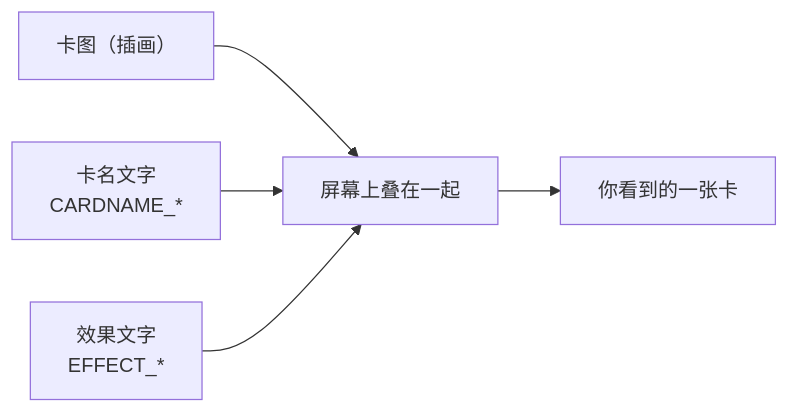
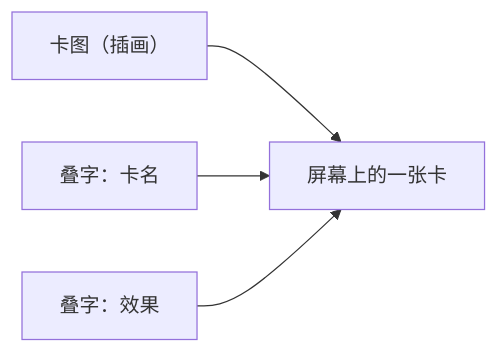
The first of 3 diagrams in docs/blog-why-chinese.zh.md (kyle-ip/ascension-zh-cn), drawn with Mermaid before and after one commit. The commit also changed other lines of this file and 1 other file, not shown here.

````diff
--- a/docs/blog-why-chinese.zh.md
+++ b/docs/blog-why-chinese.zh.md
@@ -20,7 +17,6 @@
 ```mermaid
 flowchart LR
-  Art["卡图（插画）"] --> Stack["屏幕上叠在一起"]
-  Name["卡名文字<br/>CARDNAME_*"] --> Stack
-  Eff["效果文字<br/>EFFECT_*"] --> Stack
-  Stack --> Screen["你看到的一张卡"]
+  Art["卡图（插画）"] --> Screen["屏幕上的一张卡"]
+  Name["叠字：卡名"] --> Screen
+  Eff["叠字：效果"] --> Screen
 ```
````
